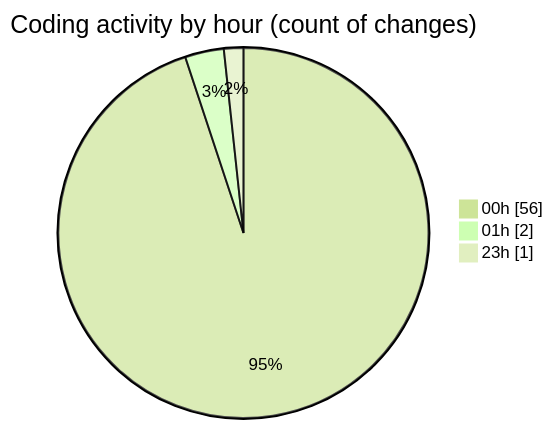
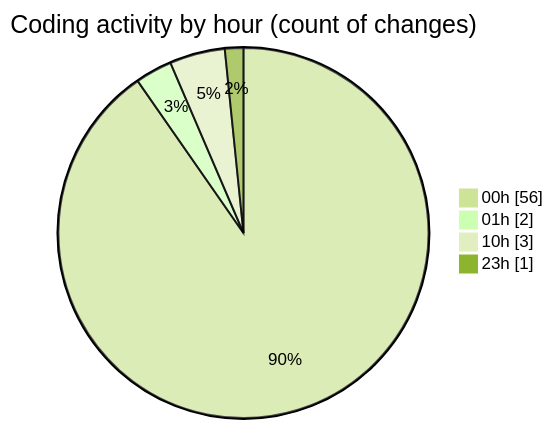
One commit to nxtqubesakshisongat/code-tracking changed the second of 2 diagrams in 2026-03-15/nxtqube_webapp/README.md. Above: the diagram before and after it, drawn with Mermaid (forest theme). The commit also changed other lines of this file and 1 other file, not shown here.

````diff
--- a/2026-03-15/nxtqube_webapp/README.md
+++ b/2026-03-15/nxtqube_webapp/README.md
@@ -31,7 +32,8 @@
 ```mermaid
 pie showData
 title Coding activity by hour (count of changes)
 "00h" : 56
 "01h" : 2
+"10h" : 3
 "23h" : 1
 ```
````
